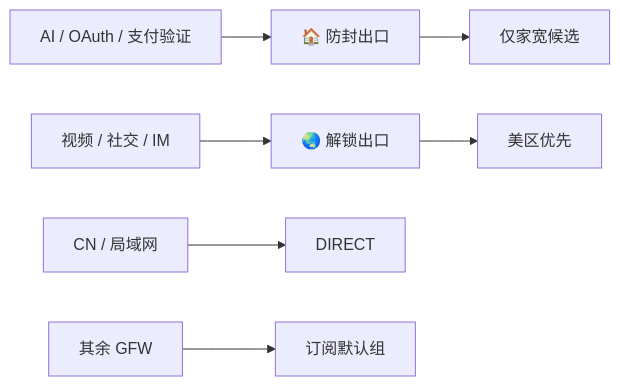
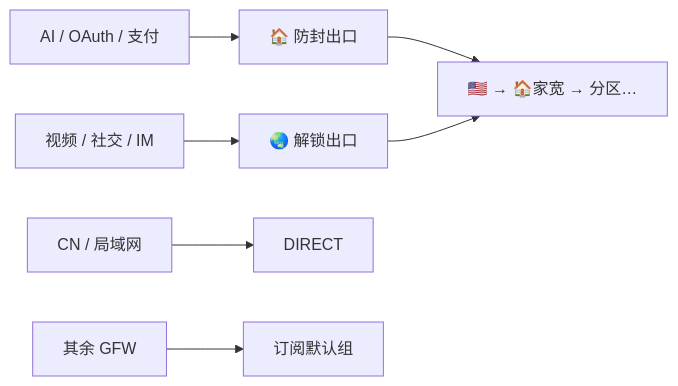
The diagram in README.md (andrew-zyf/clash-override-home-broadband-chain-proxy), drawn with Mermaid before and after one commit. The commit also changed other lines of this file and 3 other files, not shown here.

````diff
--- a/README.md
+++ b/README.md
@@ -102,9 +83,9 @@
 ```mermaid
 flowchart LR
-  A[AI / OAuth / 支付验证] --> B[🏠 防封出口]
-  B --> C[仅家宽候选]
+  A[AI / OAuth / 支付] --> B[🏠 防封出口]
+  B --> C[🇺🇸 → 🏠家宽 → 分区…]
   D[视频 / 社交 / IM] --> E[🌏 解锁出口]
-  E --> F[美区优先]
-  G[CN / 局域网] --> H[DIRECT]
-  I[其余 GFW] --> J[订阅默认组]
+  E --> C
+  F[CN / 局域网] --> G[DIRECT]
+  H[其余 GFW] --> I[订阅默认组]
 ```
````
